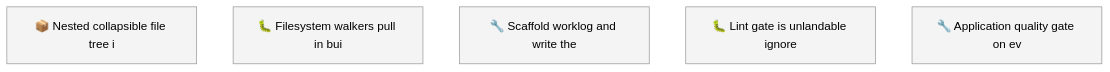
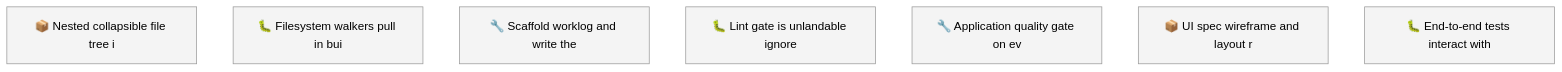
Before and after one commit to SpillwaveSolutions/okf-forge: the first of 2 diagrams in docs/roadmap.md, drawn with Mermaid (neutral theme). The commit also changed other lines of this file and 22 other files, not shown here.

First line of the commit message:
feat(ui): layout rubric, Editor spec and wireframe (01KYZ97ESCXSAG4KFAESST84QT, 01KYZ9TRM50FCMFFZDVW2VZ2CC)

````diff
--- a/docs/roadmap.md
+++ b/docs/roadmap.md
@@ -54,10 +58,12 @@
 ```mermaid
 graph TD
     01KYZ24K4MKBE0VN4YAZ84V221["📦 Nested collapsible file tree i"]
     01KYZ24K90F9SS04CRSJRB65R4["🐛 Filesystem walkers pull in bui"]
     01KYZ27EFFB9MG32Y3YVFHRTND["🔧 Scaffold worklog and write the"]
     01KYZ8TZY5GARKJKNC5NC1PE75["🐛 Lint gate is unlandable ignore"]
     01KYZ8V02N7W42QKDHYFK9ZS70["🔧 Application quality gate on ev"]
+    01KYZ97ESCXSAG4KFAESST84QT["📦 UI spec wireframe and layout r"]
+    01KYZ9TRM50FCMFFZDVW2VZ2CC["🐛 End-to-end tests interact with"]
     classDef todo fill:#f4f4f4,stroke:#999999
-    class 01KYZ24K4MKBE0VN4YAZ84V221,01KYZ24K90F9SS04CRSJRB65R4,01KYZ27EFFB9MG32Y3YVFHRTND,01KYZ8TZY5GARKJKNC5NC1PE75,01KYZ8V02N7W42QKDHYFK9ZS70 todo
+    class 01KYZ24K4MKBE0VN4YAZ84V221,01KYZ24K90F9SS04CRSJRB65R4,01KYZ27EFFB9MG32Y3YVFHRTND,01KYZ8TZY5GARKJKNC5NC1PE75,01KYZ8V02N7W42QKDHYFK9ZS70,01KYZ97ESCXSAG4KFAESST84QT,01KYZ9TRM50FCMFFZDVW2VZ2CC todo
 ```
````
